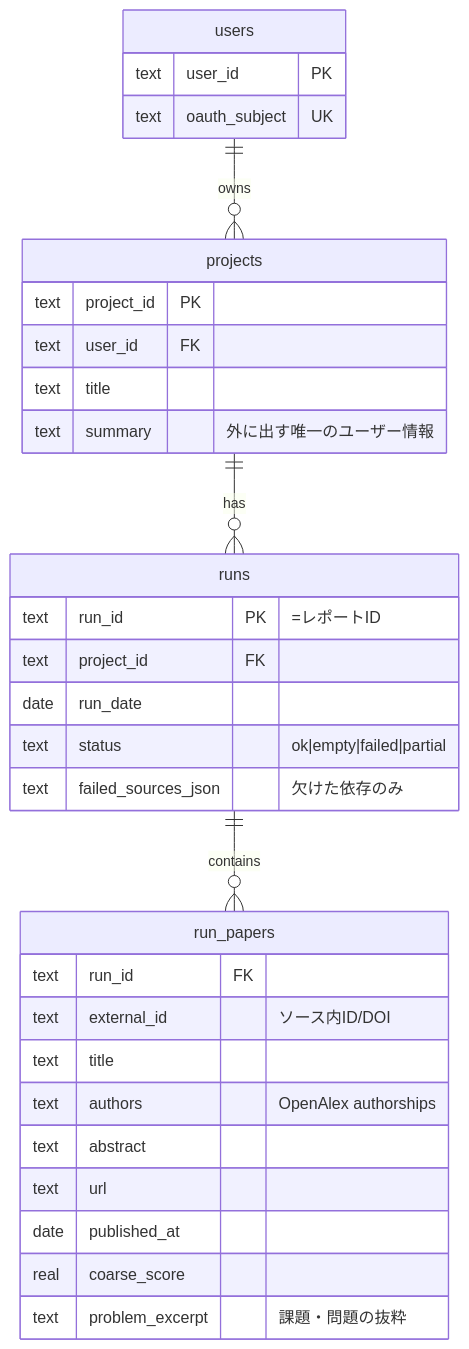
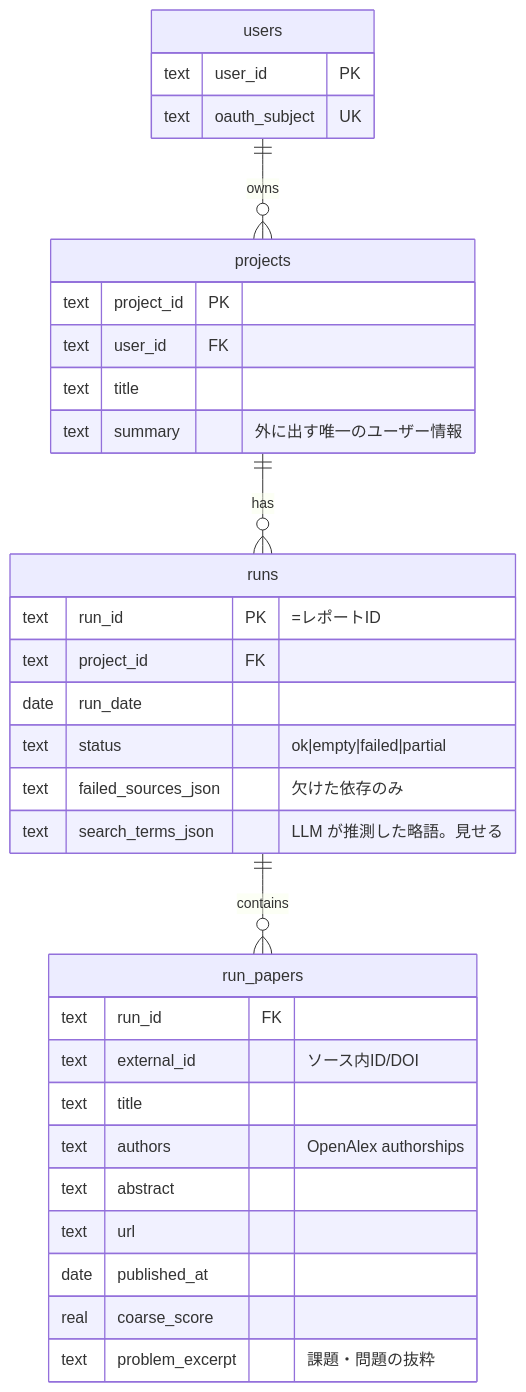
The first of 2 diagrams in docs/er-diagram.md (uzak0209/AI-Research), drawn with Mermaid before and after one commit. The commit also changed other lines of this file and 33 other files, not shown here.

````diff
--- a/docs/er-diagram.md
+++ b/docs/er-diagram.md
@@ -32,35 +32,36 @@
 ```mermaid
 erDiagram
     users ||--o{ projects : owns
     projects ||--o{ runs : has
     runs ||--o{ run_papers : contains
 
     users {
         text user_id PK
         text oauth_subject UK
     }
     projects {
         text project_id PK
         text user_id FK
         text title
         text summary "外に出す唯一のユーザー情報"
     }
     runs {
         text run_id PK "=レポートID"
         text project_id FK
         date run_date
         text status "ok|empty|failed|partial"
         text failed_sources_json "欠けた依存のみ"
+        text search_terms_json "LLM が推測した略語。見せる"
     }
     run_papers {
         text run_id FK
         text external_id "ソース内ID/DOI"
         text title
         text authors "OpenAlex authorships"
         text abstract
         text url
         date published_at
         real coarse_score
         text problem_excerpt "課題・問題の抜粋"
     }
 ```
````
